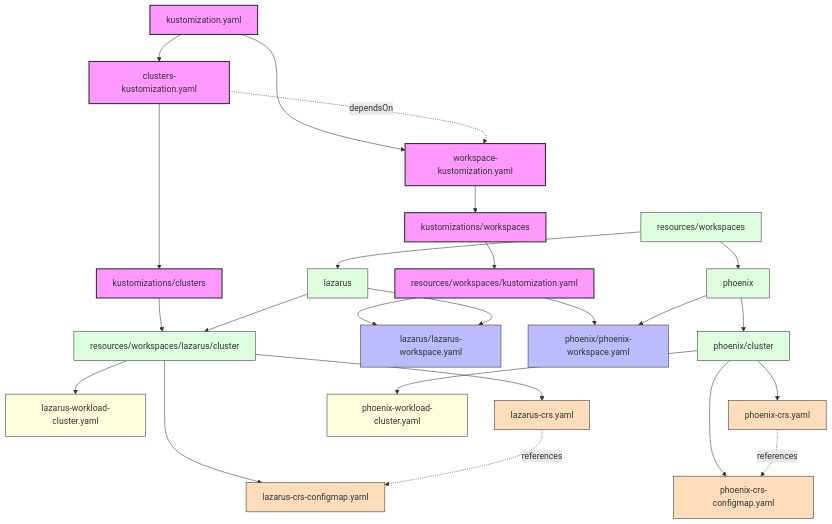
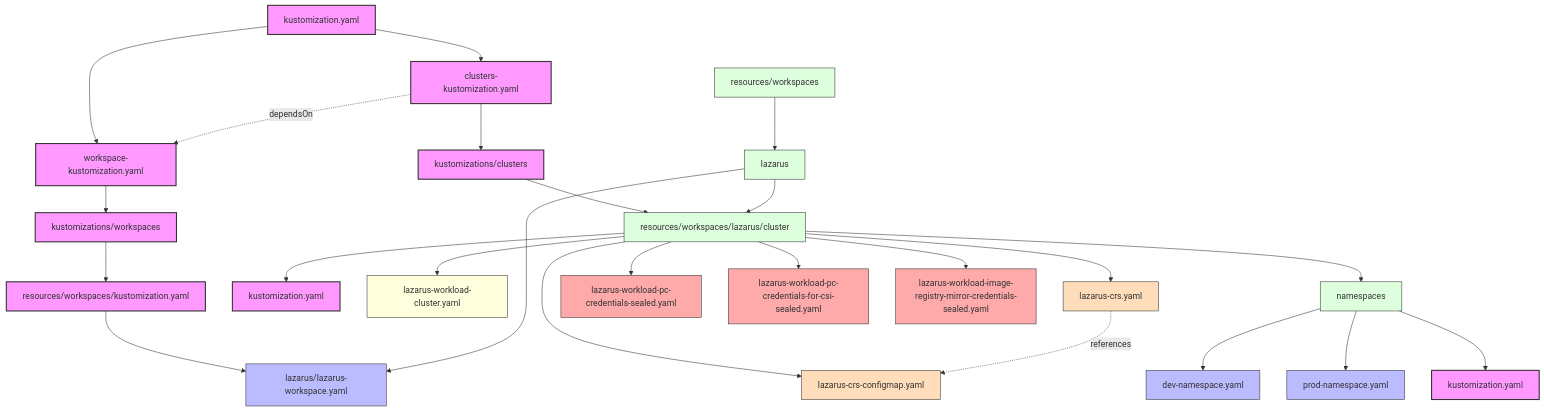
The diagram in README.md (WinsonSou/lazarus-cluster-gitops-pro), drawn with Mermaid before and after one commit. The commit also changed other lines of this file, not shown here.

Commit message:
Remove Phoenix cluster references and add namespace resources

````diff
--- a/README.md
+++ b/README.md
@@ -9,60 +9,61 @@
 ```mermaid
 graph TD
     %% Main kustomization files
     A[kustomization.yaml] --> B[workspace-kustomization.yaml]
     A --> C[clusters-kustomization.yaml]
     
     %% Workspace kustomization path
     B --> D[kustomizations/workspaces]
     D --> E[resources/workspaces/kustomization.yaml]
     
     %% Clusters kustomization path
     C --> F[kustomizations/clusters]
     F --> G[resources/workspaces/lazarus/cluster]
     
     %% Dependency relationship
     C -.-> |dependsOn| B
     
     %% Resources kustomization
     E --> WL[lazarus/lazarus-workspace.yaml]
-    E --> WP[phoenix/phoenix-workspace.yaml]
     
     %% Workspace directories
     W[resources/workspaces] --> L[lazarus]
-    W --> P[phoenix]
     
     %% Lazarus workspace resources
     L --> WL
     L --> G
     
-    %% Phoenix workspace resources
-    P --> WP
-    P --> PC[phoenix/cluster]
-    
     %% Lazarus cluster resources
+    G --> GKU[kustomization.yaml]
     G --> LC[lazarus-workload-cluster.yaml]
     G --> LCRS[lazarus-crs.yaml]
     G --> LCRSM[lazarus-crs-configmap.yaml]
+    G --> N[namespaces]
+    G --> LCRSC[lazarus-workload-pc-credentials-sealed.yaml]
+    G --> LCRSCI[lazarus-workload-pc-credentials-for-csi-sealed.yaml]
+    G --> LCRMIR[lazarus-workload-image-registry-mirror-credentials-sealed.yaml]
     
-    %% Phoenix cluster resources
-    PC --> PCC[phoenix-workload-cluster.yaml]
-    PC --> PCRS[phoenix-crs.yaml]
-    PC --> PCRSM[phoenix-crs-configmap.yaml]
+    %% Namespace resources
+    N --> ND[dev-namespace.yaml]
+    N --> NP[prod-namespace.yaml]
+    N --> NKU[kustomization.yaml]
     
     %% ClusterResourceSet relationships
     LCRS -.-> |references| LCRSM
-    PCRS -.-> |references| PCRSM
     
     %% Styling
     classDef kustomization fill:#f9f,stroke:#333,stroke-width:2px
     classDef resource fill:#bbf,stroke:#333,stroke-width:1px
     classDef directory fill:#dfd,stroke:#333,stroke-width:1px
     classDef cluster fill:#ffd,stroke:#333,stroke-width:1px
     classDef crs fill:#fdb,stroke:#333,stroke-width:1px
+    classDef namespace fill:#e7f,stroke:#333,stroke-width:1px
+    classDef secret fill:#faa,stroke:#333,stroke-width:1px
     
-    class A,B,C,D,E,F kustomization
-    class W,L,P,G,PC directory
-    class WL,WP resource
-    class LC,PCC cluster
-    class LCRS,PCRS,LCRSM,PCRSM crs
+    class A,B,C,D,E,F,GKU,NKU kustomization
+    class W,L,G,N directory
+    class WL,ND,NP resource
+    class LC cluster
+    class LCRS,LCRSM crs
+    class LCRSC,LCRSCI,LCRMIR secret
 ```
````
